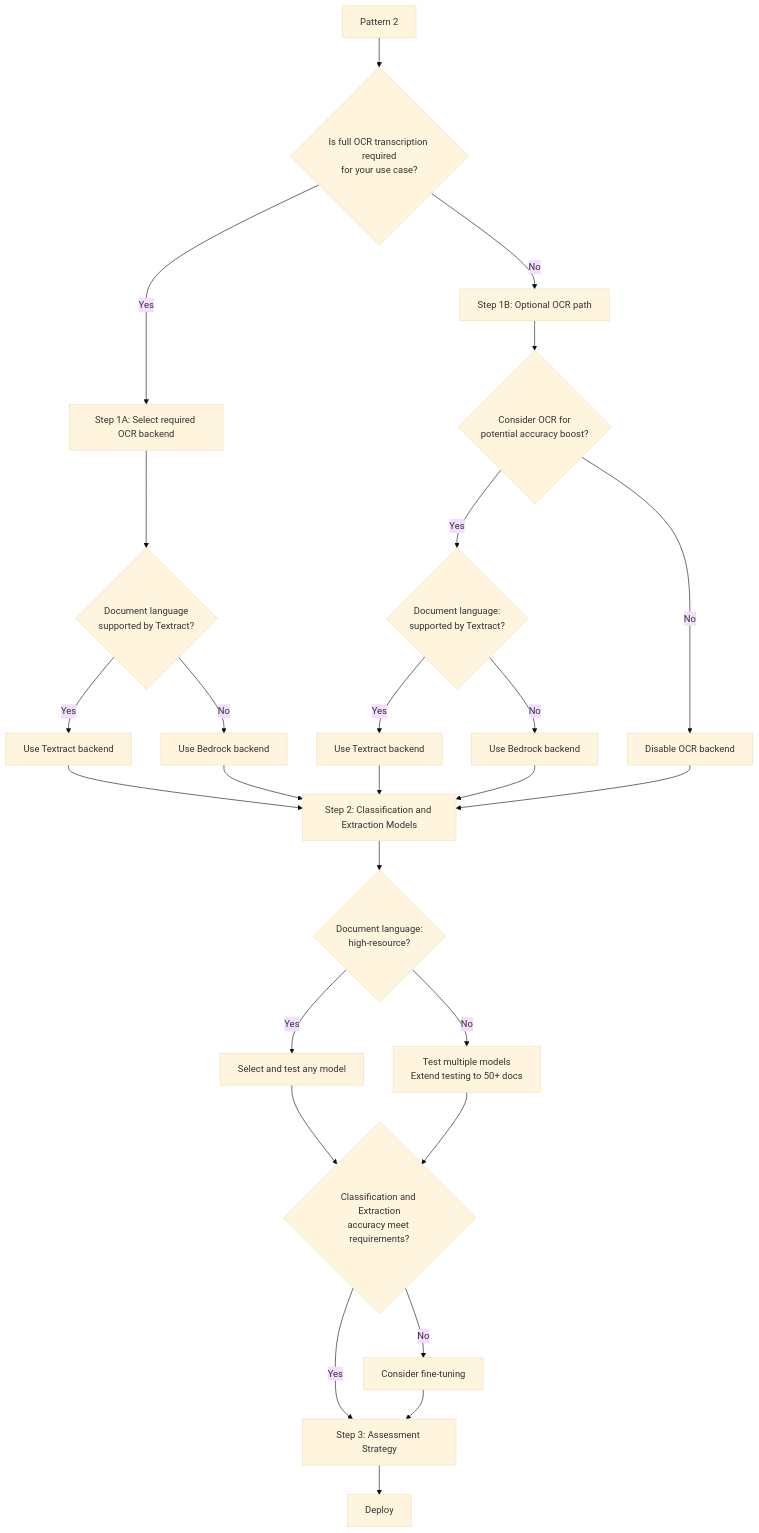
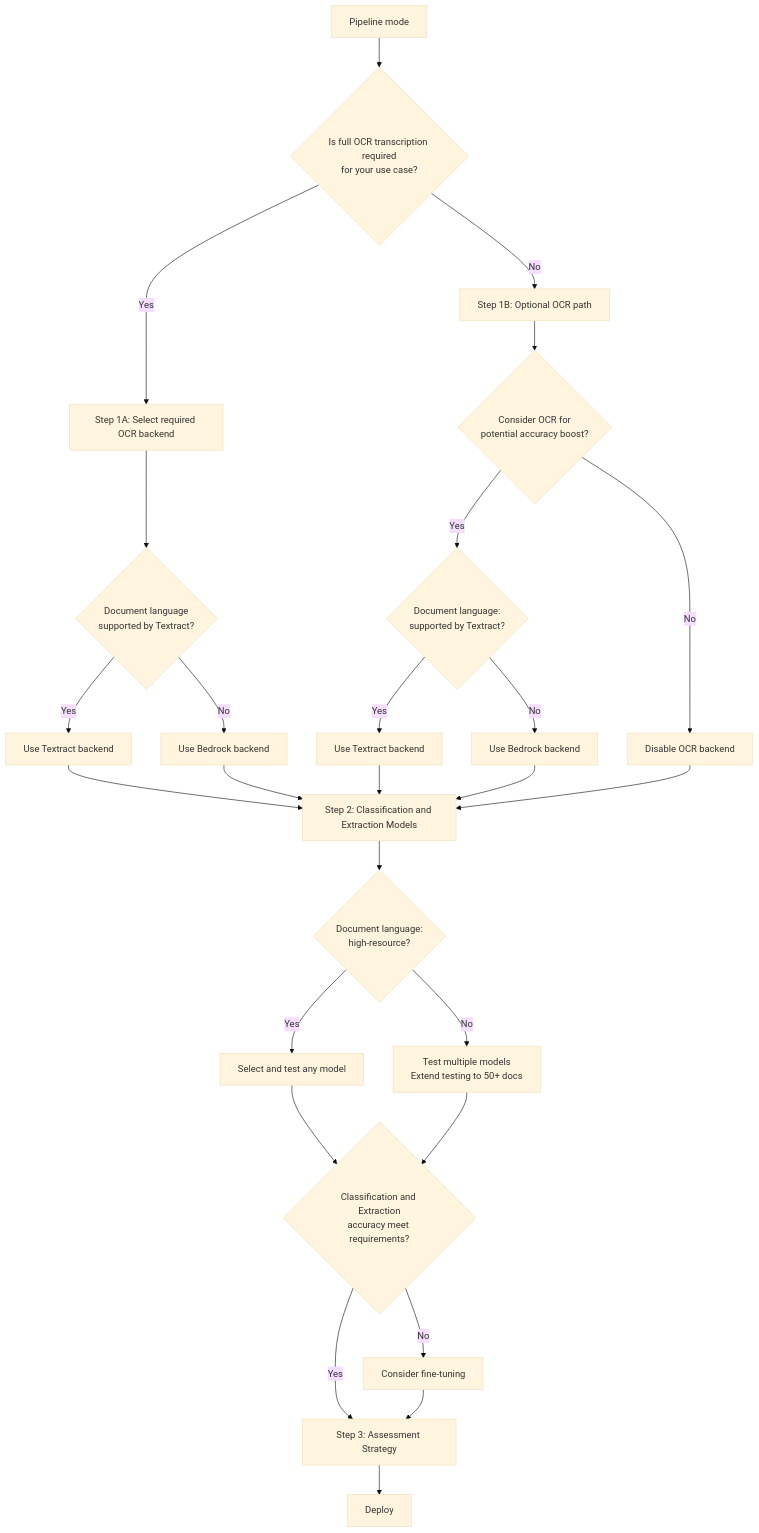
The second of 2 diagrams in docs/languages.md (aws-solutions-library-samples/accelerated-intelligent-document-processing-on-aws), drawn with Mermaid (base theme) before and after one commit. The commit also changed other lines of this file and 72 other files, not shown here.

````diff
--- a/docs/languages.md
+++ b/docs/languages.md
@@ -72,38 +80,38 @@
 ```mermaid
 flowchart TD
-    Start[Pattern 2] --> Q1{Is full OCR transcription required<br/>for your use case?}
+    Start[Pipeline mode] --> Q1{Is full OCR transcription required<br/>for your use case?}
   
     Q1 -->|Yes| RequiredOCR[Step 1A: Select required OCR backend]
     Q1 -->|No| OptionalOCR[Step 1B: Optional OCR path]
   
     RequiredOCR --> Q2{Document language<br/>supported by Textract?}
     Q2 -->|Yes| TextractReq[Use Textract backend<br/>]
     Q2 -->|No| BedrockReq[Use Bedrock backend]
   
     OptionalOCR --> Q3{Consider OCR for<br/>potential accuracy boost?}
     Q3 -->|Yes| Q4{Document language:<br/>supported by Textract?}
     Q3 -->|No| NoOCR[Disable OCR backend]
   
     Q4 -->|Yes| TextractOpt[Use Textract backend]
     Q4 -->|No| BedrockOpt[Use Bedrock backend]
   
     TextractReq --> ClassStep[Step 2: Classification and Extraction Models]
     BedrockReq --> ClassStep
     TextractOpt --> ClassStep
     BedrockOpt --> ClassStep
     NoOCR --> ClassStep
   
     ClassStep --> Q6{Document language:<br/>high-resource?}
   
     Q6 -->|Yes| StandardApproach[Select and test any model]
     Q6 -->|No| EnhancedApproach[Test multiple models<br/>Extend testing to 50+ docs]
   
     StandardApproach --> Q7{Classification and Extraction<br/>accuracy meet requirements?}
     EnhancedApproach --> Q7
   
     Q7 -->|Yes| AssessStep[Step 3: Assessment Strategy]
     Q7 -->|No| Optimize[Consider fine-tuning]
   
     Optimize --> AssessStep
     AssessStep --> Deploy[Deploy]
 ```
````
